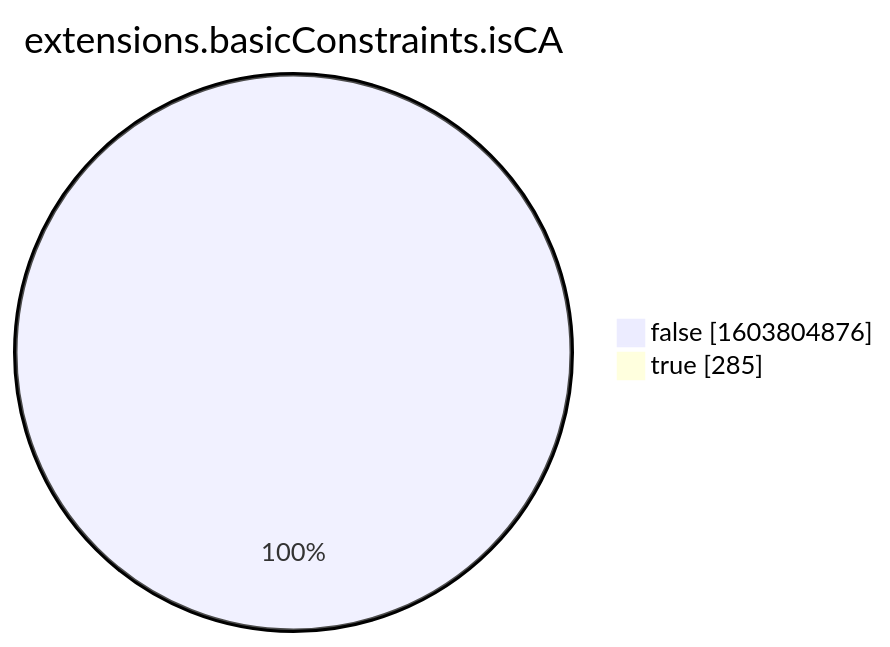
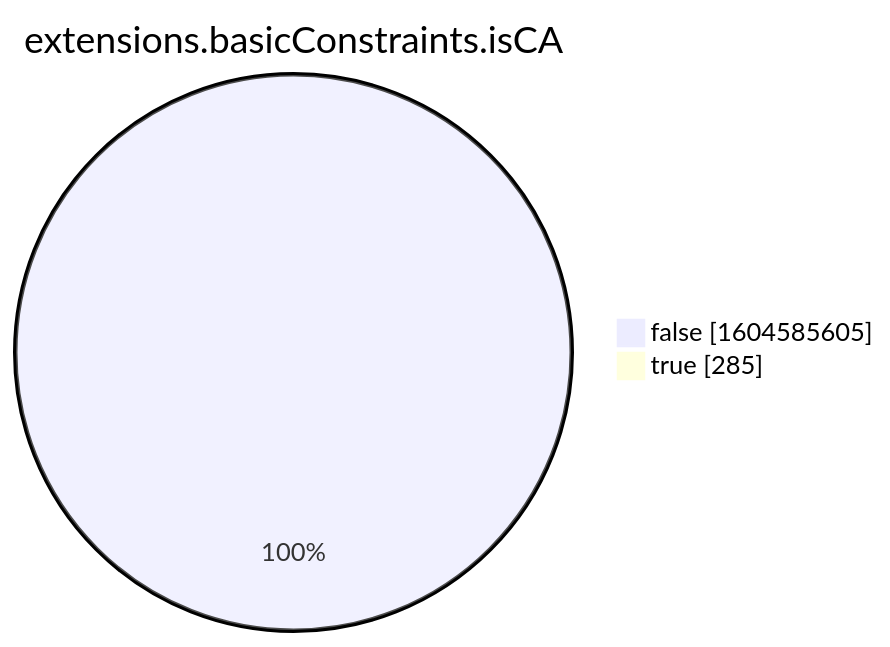
One commit to christiankrug/ctmonitor_visualization changed the eighth of 15 diagrams in xenon2022/README.md. Above: the diagram before and after it, drawn with Mermaid. The commit also changed other lines of this file, not shown here.

````diff
--- a/xenon2022/README.md
+++ b/xenon2022/README.md
@@ -2862,6 +2862,6 @@
 ```mermaid
 pie showData
 title extensions.basicConstraints.isCA
-"false" :1603804876
+"false" :1604585605
 "true" :285
 ```
````
